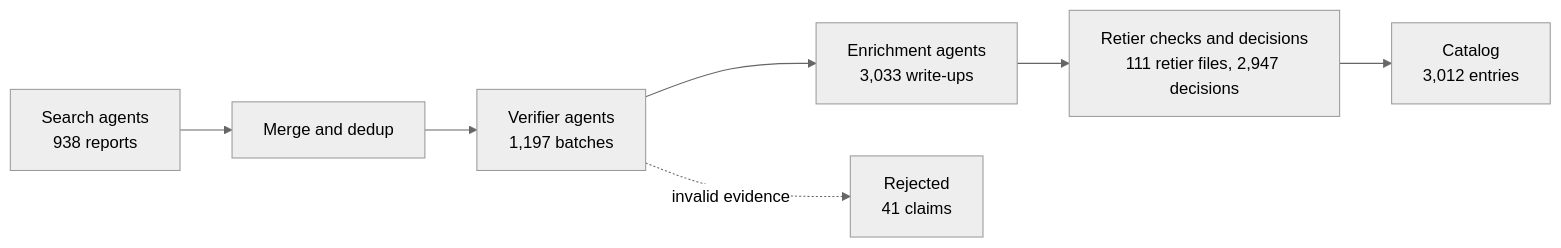
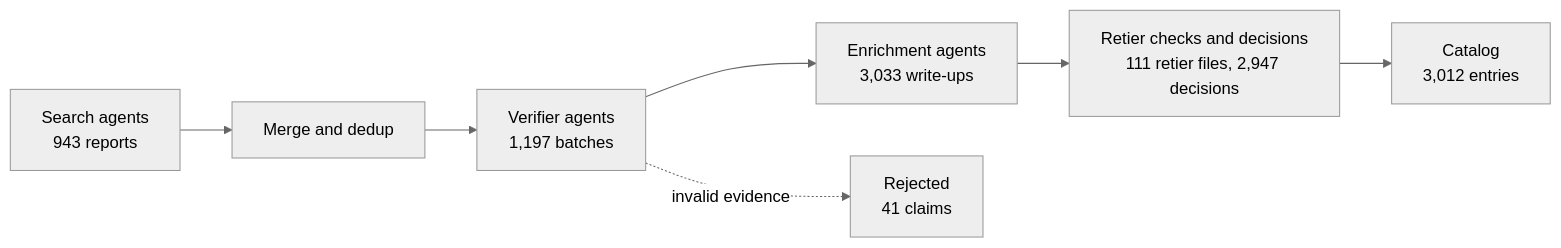
Before and after one commit to harrisjib216/fastplusplus: the diagram in README.md, drawn with Mermaid (neutral theme). The commit also changed 7 other files, not shown here.

````diff
--- a/README.md
+++ b/README.md
@@ -116,9 +116,9 @@
 ```mermaid
 flowchart LR
-  S["Search agents<br/>938 reports"] --> M["Merge and dedup"]
+  S["Search agents<br/>943 reports"] --> M["Merge and dedup"]
   M --> V["Verifier agents<br/>1,197 batches"]
   V --> E["Enrichment agents<br/>3,033 write-ups"]
   E --> R["Retier checks and decisions<br/>111 retier files, 2,947 decisions"]
   R --> C["Catalog<br/>3,012 entries"]
   V -. invalid evidence .-> X["Rejected<br/>41 claims"]
 ```
````
